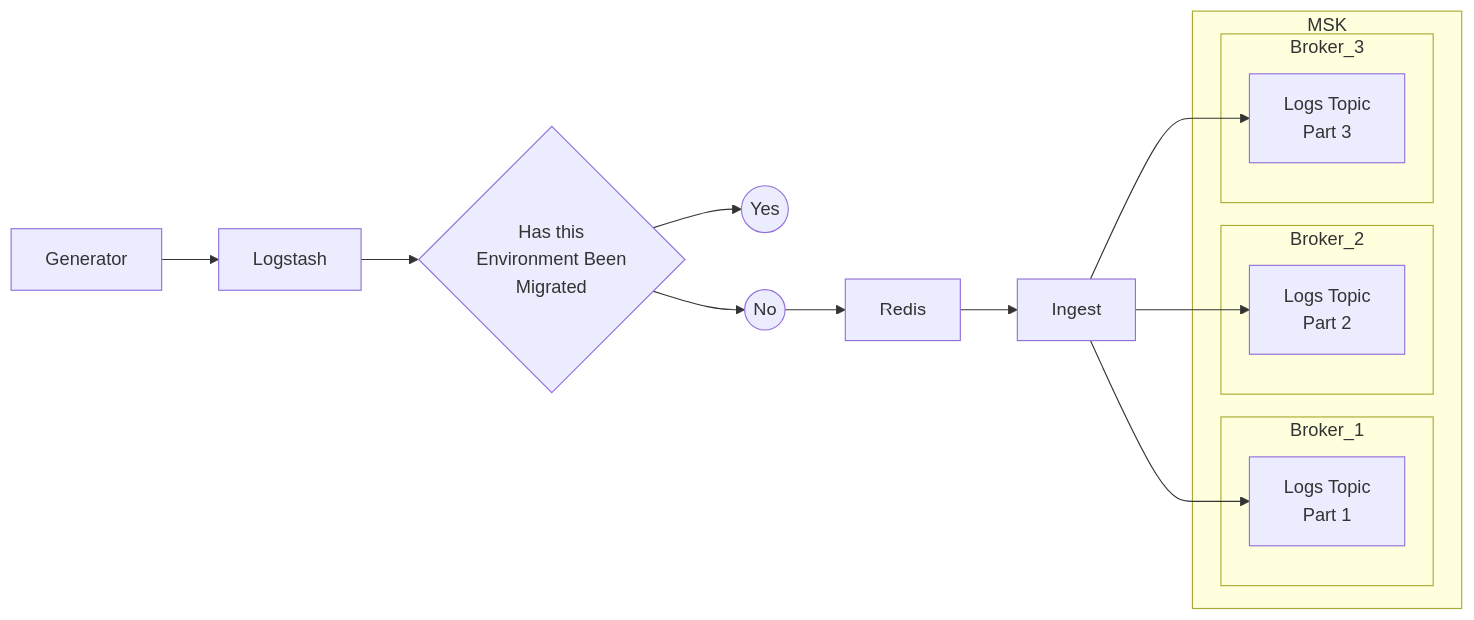
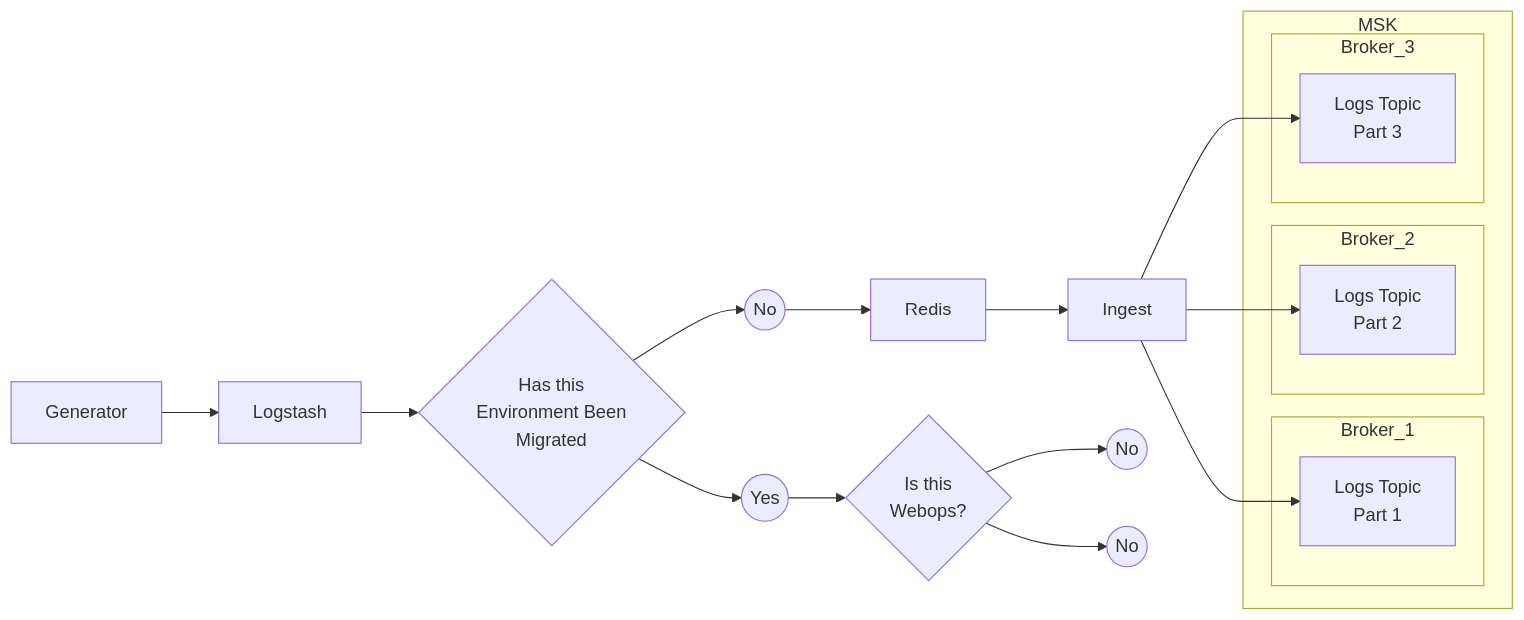
Before and after one commit to Saskia-MDTP/can-hedgehogs-fly: the second of 2 diagrams in README.md, drawn with Mermaid.

````diff
--- a/README.md
+++ b/README.md
@@ -15,22 +15,25 @@
 ```mermaid
   graph LR;
       subgraph MSK
           subgraph Broker_1
               P1[Logs Topic<br/>Part 1];
            end
           subgraph Broker_2
               P2[Logs Topic<br/>Part 2];
            end
           subgraph Broker_3
               P3[Logs Topic<br/>Part 3];
            end
        end
    Generator-->Logstash;
    Logstash-->Q1{Has this<br/>Environment Been<br/>Migrated};
    Q1-->Y1((Yes));
    Q1-->N1((No));
    N1-->Redis-->Ingest;
    Ingest-->P1;
    Ingest-->P2;
    Ingest-->P3;
+   Y1-->Q2{Is this<br/>Webops?};
+   Q2-->Y2((No));
+   Q2-->N2((No));
 ```
````
